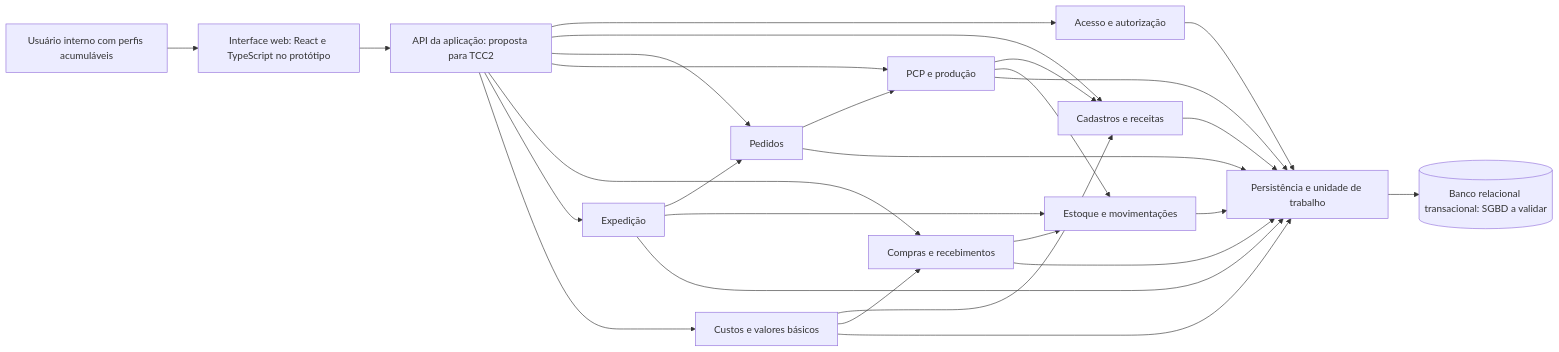
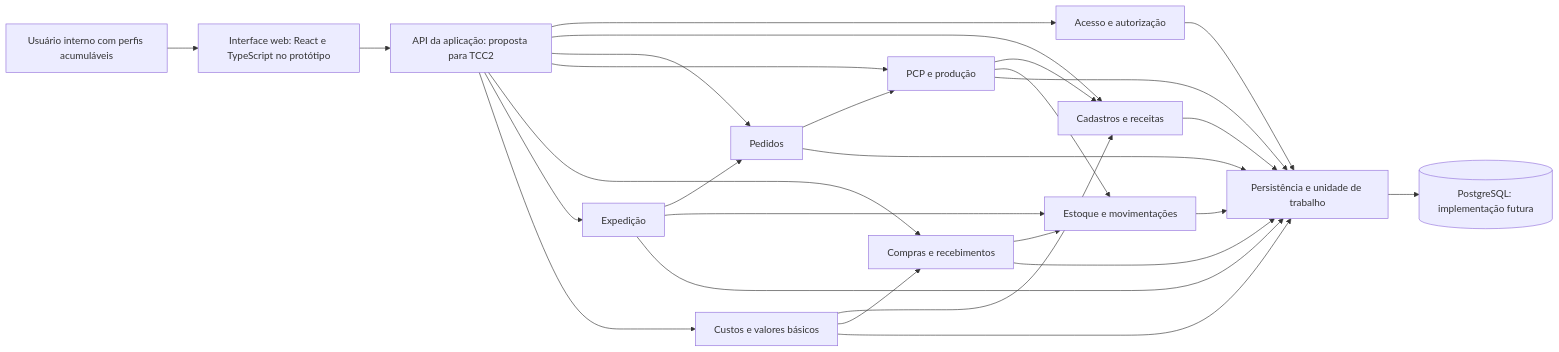
The diagram in docs/04-arquitetura/README.md (edumoreira7/TCC---Gestao-Integrada), drawn with Mermaid before and after one commit. The commit also changed other lines of this file and 74 other files, not shown here.

````diff
--- a/docs/04-arquitetura/README.md
+++ b/docs/04-arquitetura/README.md
@@ -13,29 +13,29 @@
 ```mermaid
 flowchart LR
     U[Usuário interno com perfis acumuláveis] --> UI[Interface web: React e TypeScript no protótipo]
     UI --> API[API da aplicação: proposta para TCC2]
     API --> AC[Acesso e autorização]
     API --> CAD[Cadastros e receitas]
     API --> PED[Pedidos]
     API --> PCP[PCP e produção]
     API --> COM[Compras e recebimentos]
     API --> EXP[Expedição]
     API --> FIN[Custos e valores básicos]
     PED --> PCP
     PCP --> CAD
     PCP --> EST[Estoque e movimentações]
     COM --> EST
     EXP --> PED
     EXP --> EST
     FIN --> CAD
     FIN --> COM
     CAD --> P[Persistência e unidade de trabalho]
     PED --> P
     PCP --> P
     COM --> P
     EXP --> P
     FIN --> P
     AC --> P
     EST --> P
-    P --> DB[(Banco relacional transacional: SGBD a validar)]
+    P --> DB[(PostgreSQL: implementação futura)]
 ```
````
